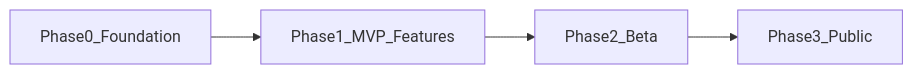
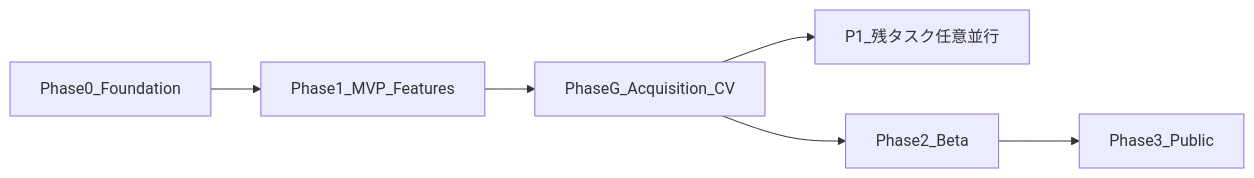
One commit to nit-kl/coupleplan changed the diagram in docs/開発計画書.md. Above: the diagram before and after it, drawn with Mermaid. The commit also changed other lines of this file and 15 other files, not shown here.

````diff
--- a/docs/開発計画書.md
+++ b/docs/開発計画書.md
@@ -93,6 +108,8 @@
 ```mermaid
 flowchart LR
   P0[Phase0_Foundation] --> P1[Phase1_MVP_Features]
-  P1 --> P2[Phase2_Beta]
+  P1 --> PG[PhaseG_Acquisition_CV]
+  PG --> P1r[P1_残タスク任意並行]
+  PG --> P2[Phase2_Beta]
   P2 --> P3[Phase3_Public]
 ```
````
